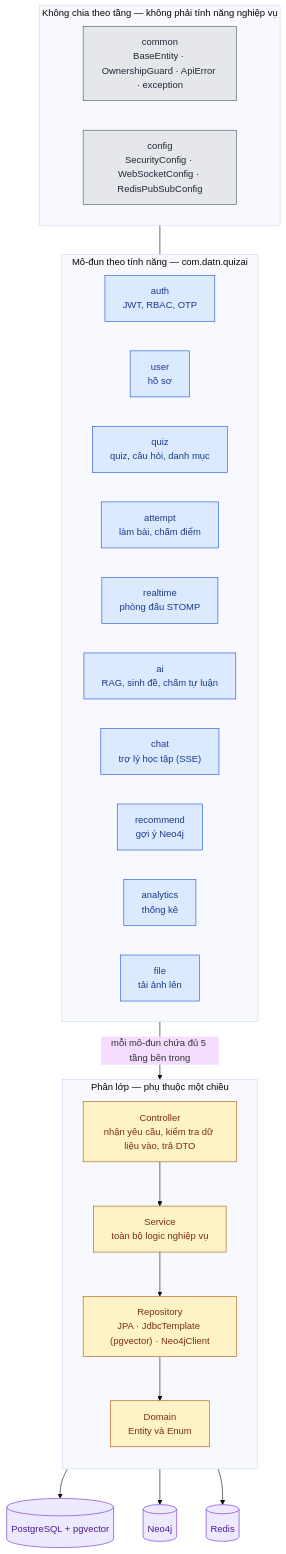
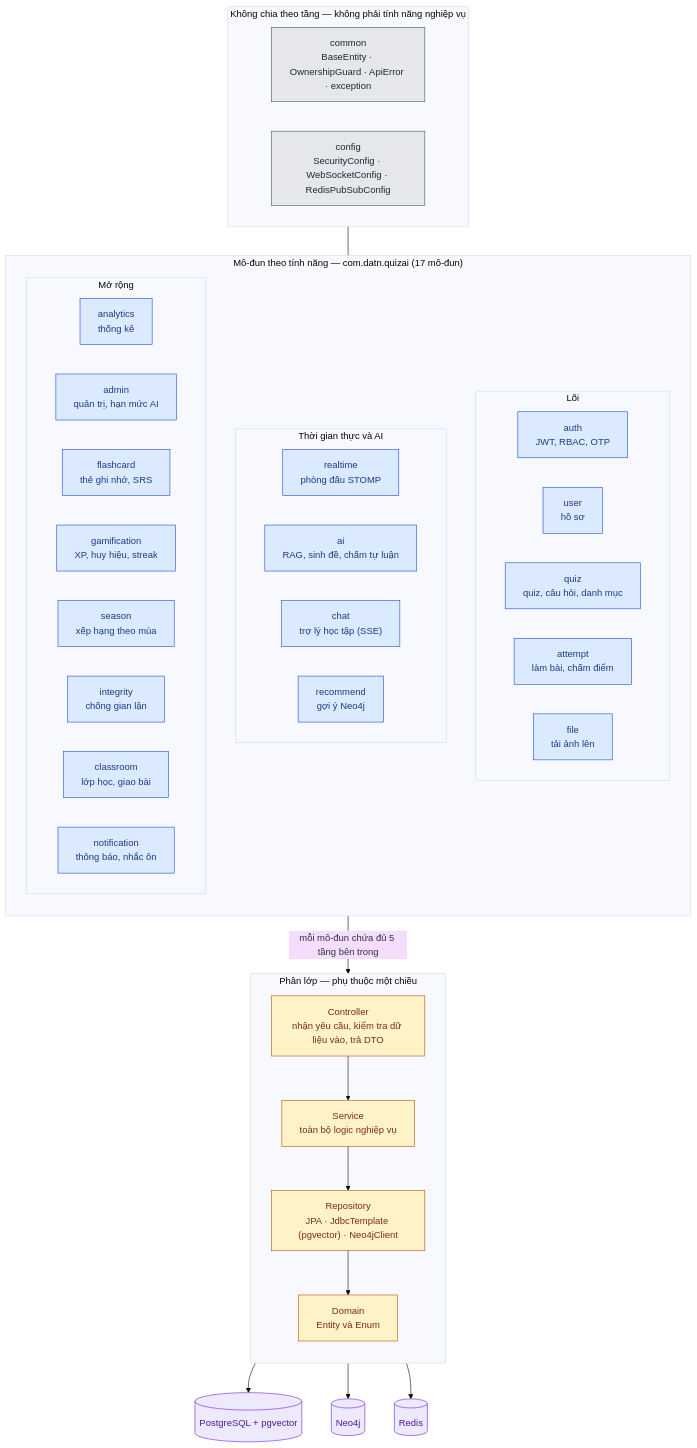
Before and after one commit to NguyenDuc2004/QUIZ-TRIVIA: the diagram in bao-cao-datn/build/diagrams/hinh-2.29.mmd, drawn with Mermaid (base theme). The commit also changed 19 other files, not shown here.

First line of the commit message:
docs(bao-cao): sinh lại 41 hình, đánh số bản Word, bỏ thư mục nháp

```diff
--- a/bao-cao-datn/build/diagrams/hinh-2.29.mmd
+++ b/bao-cao-datn/build/diagrams/hinh-2.29.mmd
@@ -1,44 +1,60 @@
 flowchart TB
   classDef layer fill:#FEF3C7,stroke:#B45309,color:#7C2D12;
   classDef mod fill:#DBEAFE,stroke:#1D4ED8,color:#1E3A8A;
   classDef shared fill:#E5E7EB,stroke:#4B5563,color:#1F2937;
   classDef data fill:#EDE9FE,stroke:#6D28D9,color:#4C1D95;
 
   subgraph L["Phân lớp — phụ thuộc một chiều"]
     direction TB
     C["Controller<br/>nhận yêu cầu, kiểm tra dữ liệu vào, trả DTO"]:::layer
     S["Service<br/>toàn bộ logic nghiệp vụ"]:::layer
     R["Repository<br/>JPA · JdbcTemplate (pgvector) · Neo4jClient"]:::layer
     E["Domain<br/>Entity và Enum"]:::layer
     C --> S --> R --> E
   end
 
-  subgraph M["Mô-đun theo tính năng — com.datn.quizai"]
-    direction LR
-    M1["auth<br/>JWT, RBAC, OTP"]:::mod
-    M2["user<br/>hồ sơ"]:::mod
-    M3["quiz<br/>quiz, câu hỏi, danh mục"]:::mod
-    M4["attempt<br/>làm bài, chấm điểm"]:::mod
-    M5["realtime<br/>phòng đấu STOMP"]:::mod
-    M6["ai<br/>RAG, sinh đề, chấm tự luận"]:::mod
-    M7["chat<br/>trợ lý học tập (SSE)"]:::mod
-    M8["recommend<br/>gợi ý Neo4j"]:::mod
-    M9["analytics<br/>thống kê"]:::mod
-    M10["file<br/>tải ảnh lên"]:::mod
+  subgraph M["Mô-đun theo tính năng — com.datn.quizai (17 mô-đun)"]
+    direction TB
+    subgraph MA["Lõi"]
+      direction LR
+      M1["auth<br/>JWT, RBAC, OTP"]:::mod
+      M2["user<br/>hồ sơ"]:::mod
+      M3["quiz<br/>quiz, câu hỏi, danh mục"]:::mod
+      M4["attempt<br/>làm bài, chấm điểm"]:::mod
+      M10["file<br/>tải ảnh lên"]:::mod
+    end
+    subgraph MB["Thời gian thực và AI"]
+      direction LR
+      M5["realtime<br/>phòng đấu STOMP"]:::mod
+      M6["ai<br/>RAG, sinh đề, chấm tự luận"]:::mod
+      M7["chat<br/>trợ lý học tập (SSE)"]:::mod
+      M8["recommend<br/>gợi ý Neo4j"]:::mod
+    end
+    subgraph MC["Mở rộng"]
+      direction LR
+      M9["analytics<br/>thống kê"]:::mod
+      M11["admin<br/>quản trị, hạn mức AI"]:::mod
+      M12["flashcard<br/>thẻ ghi nhớ, SRS"]:::mod
+      M13["gamification<br/>XP, huy hiệu, streak"]:::mod
+      M14["season<br/>xếp hạng theo mùa"]:::mod
+      M15["integrity<br/>chống gian lận"]:::mod
+      M16["classroom<br/>lớp học, giao bài"]:::mod
+      M17["notification<br/>thông báo, nhắc ôn"]:::mod
+    end
   end
 
   subgraph X["Không chia theo tầng — không phải tính năng nghiệp vụ"]
     direction LR
     CM["common<br/>BaseEntity · OwnershipGuard · ApiError · exception"]:::shared
     CF["config<br/>SecurityConfig · WebSocketConfig · RedisPubSubConfig"]:::shared
   end
 
   DB[("PostgreSQL + pgvector")]:::data
   NE[("Neo4j")]:::data
   RE[("Redis")]:::data
 
   M -->|"mỗi mô-đun chứa đủ 5 tầng bên trong"| L
   L --> DB
   L --> NE
   L --> RE
   X --- M
```
